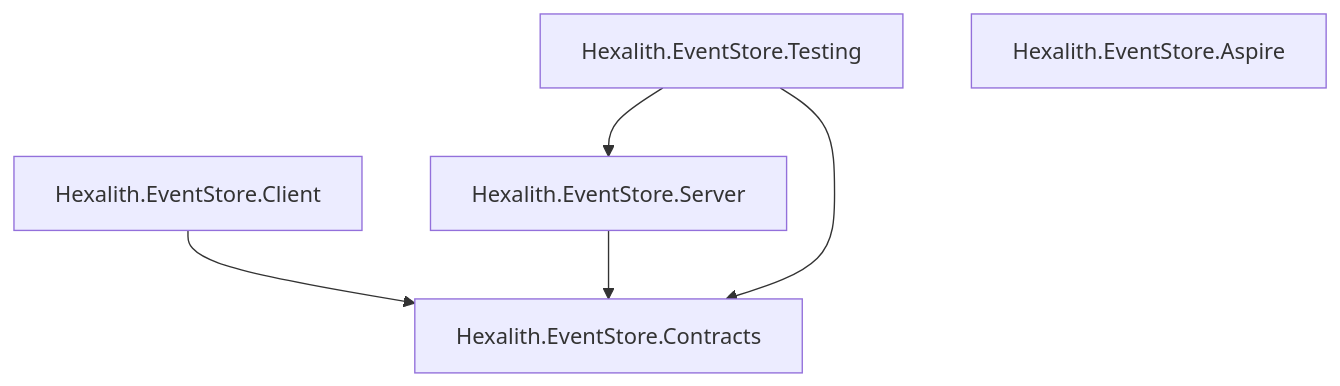
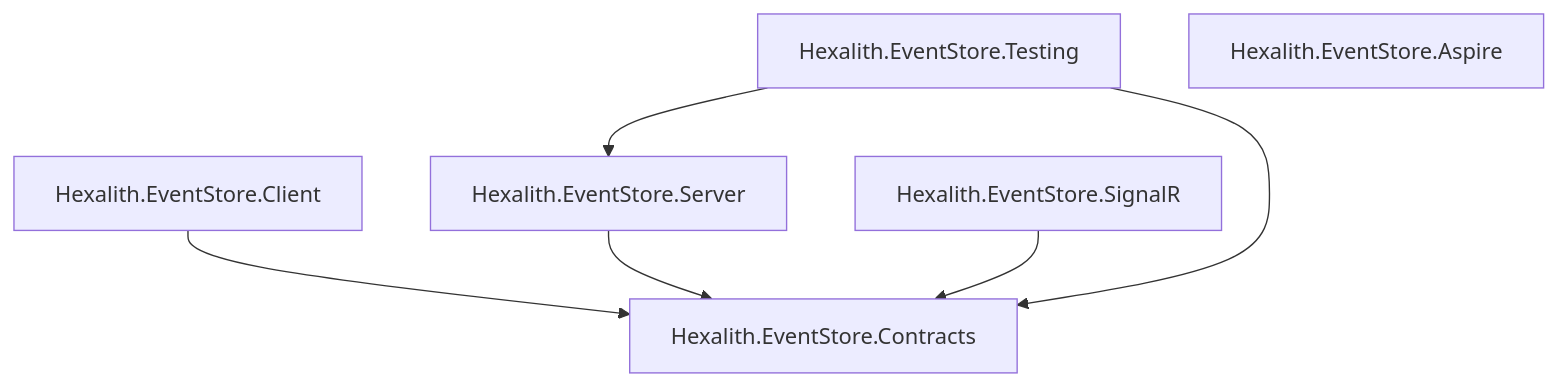
The diagram in docs/reference/nuget-packages.md (Hexalith/Hexalith.EventStore), drawn with Mermaid before and after one commit. The commit also changed other lines of this file and 18 other files, not shown here.

````diff
--- a/docs/reference/nuget-packages.md
+++ b/docs/reference/nuget-packages.md
@@ -21,13 +22,15 @@
 ```mermaid
 graph TD
     Contracts[Hexalith.EventStore.Contracts]
     Client[Hexalith.EventStore.Client]
     Server[Hexalith.EventStore.Server]
+    SignalR[Hexalith.EventStore.SignalR]
     Testing[Hexalith.EventStore.Testing]
     Aspire[Hexalith.EventStore.Aspire]
 
     Client --> Contracts
     Server --> Contracts
+    SignalR --> Contracts
     Testing --> Contracts
     Testing --> Server
 ```
````
